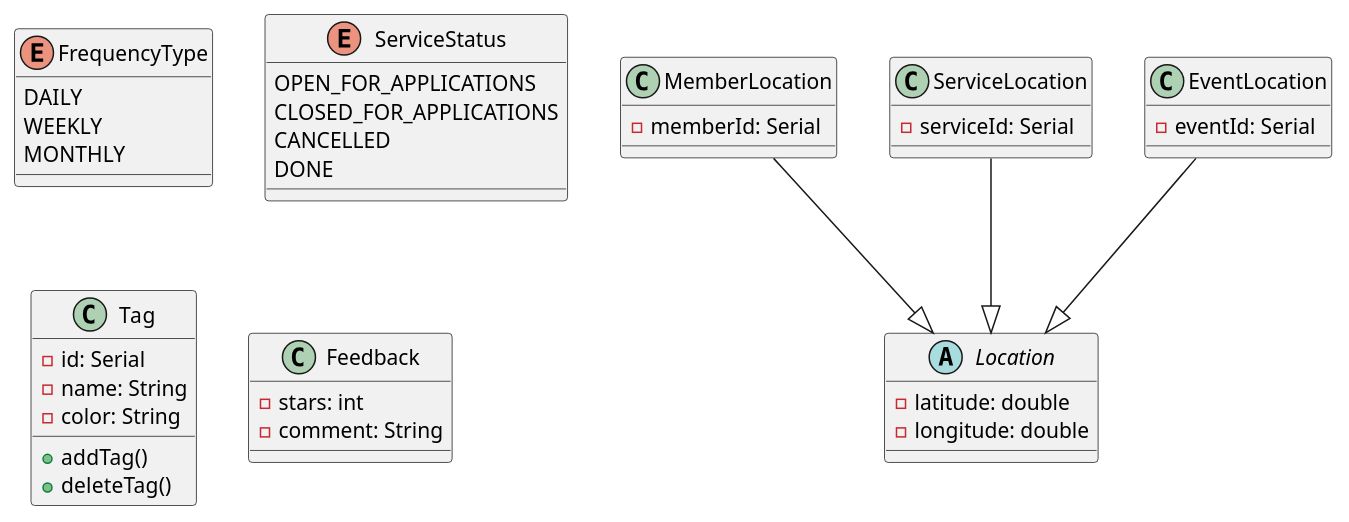
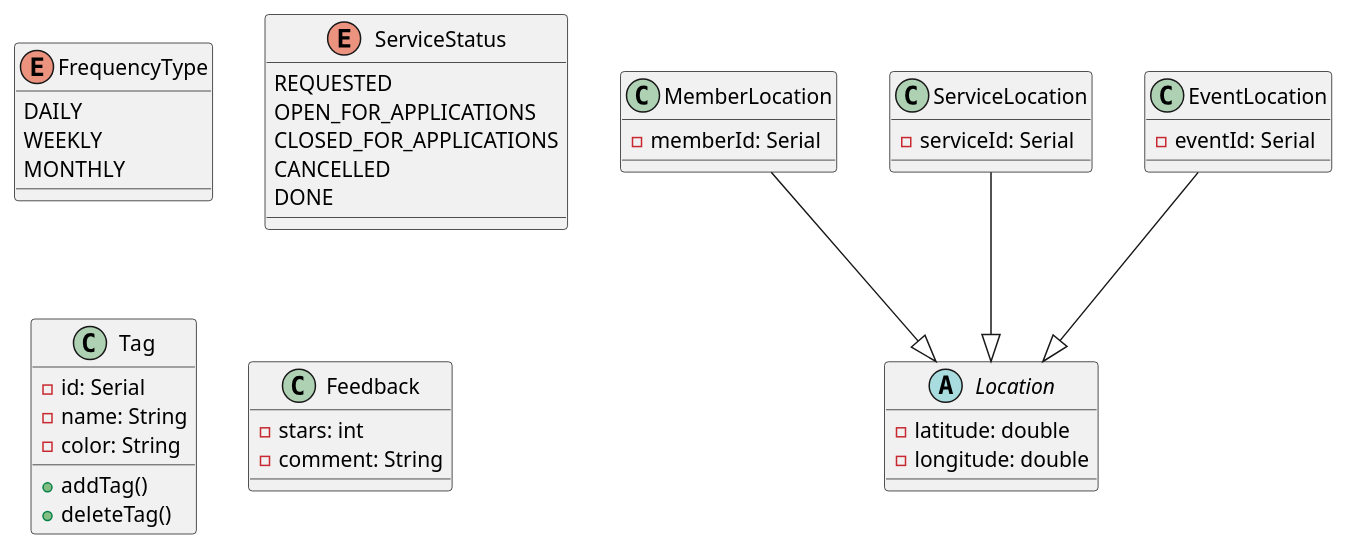
One commit to ZDenizYStenhaug/swe573-Project changed the diagram in models.puml. Above: the diagram before and after it, drawn with PlantUML.

Commit message:
add service status

```diff
--- a/models.puml
+++ b/models.puml
@@ -1,49 +1,50 @@
 @startuml
 enum FrequencyType {
     DAILY
     WEEKLY
     MONTHLY
 }
 
 enum ServiceStatus {
+    REQUESTED
     OPEN_FOR_APPLICATIONS
     CLOSED_FOR_APPLICATIONS
     CANCELLED
     DONE
 }
 class Tag {
     -id: Serial
     -name: String
     -color: String
 
     +addTag()
     +deleteTag()
 }
 
 abstract class Location {
     - latitude: double
     - longitude: double
     }
 
 class MemberLocation {
     -memberId: Serial
 }
 
 MemberLocation --|> Location
 
 class ServiceLocation {
     -serviceId: Serial
 }
 ServiceLocation --|> Location
 
 class EventLocation {
     -eventId: Serial
 }
 
 
 class Feedback {
     -stars: int
     -comment: String
 }
 EventLocation --|> Location
 @enduml
```
